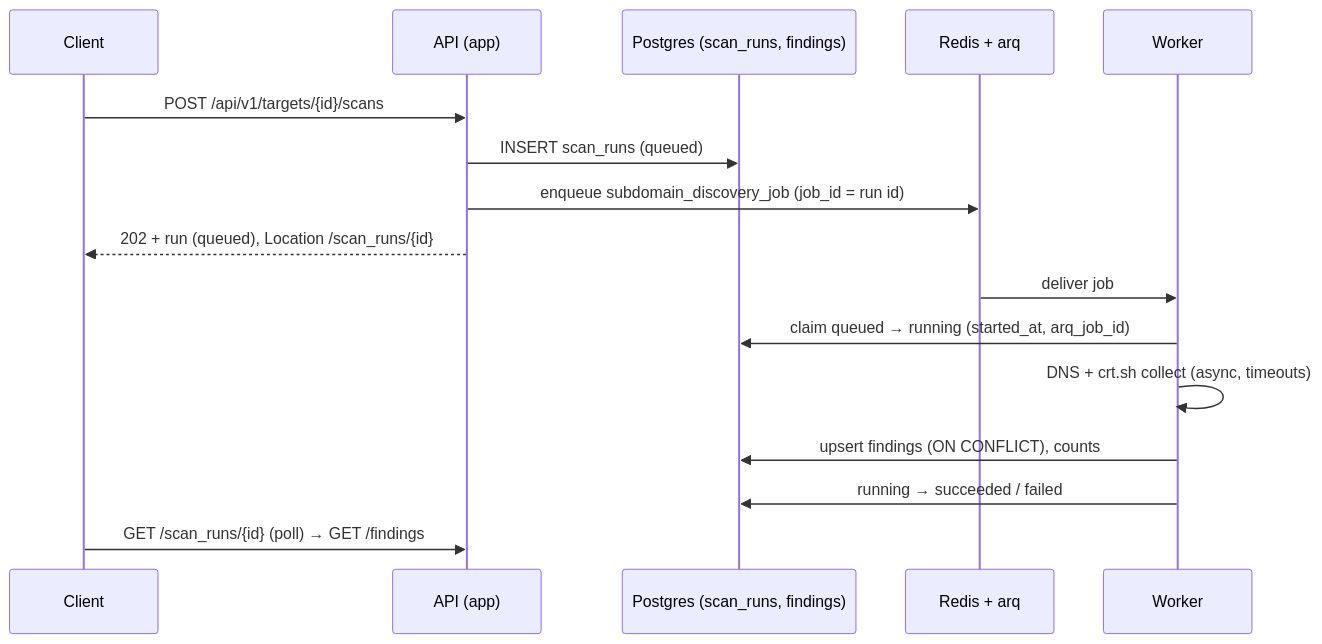
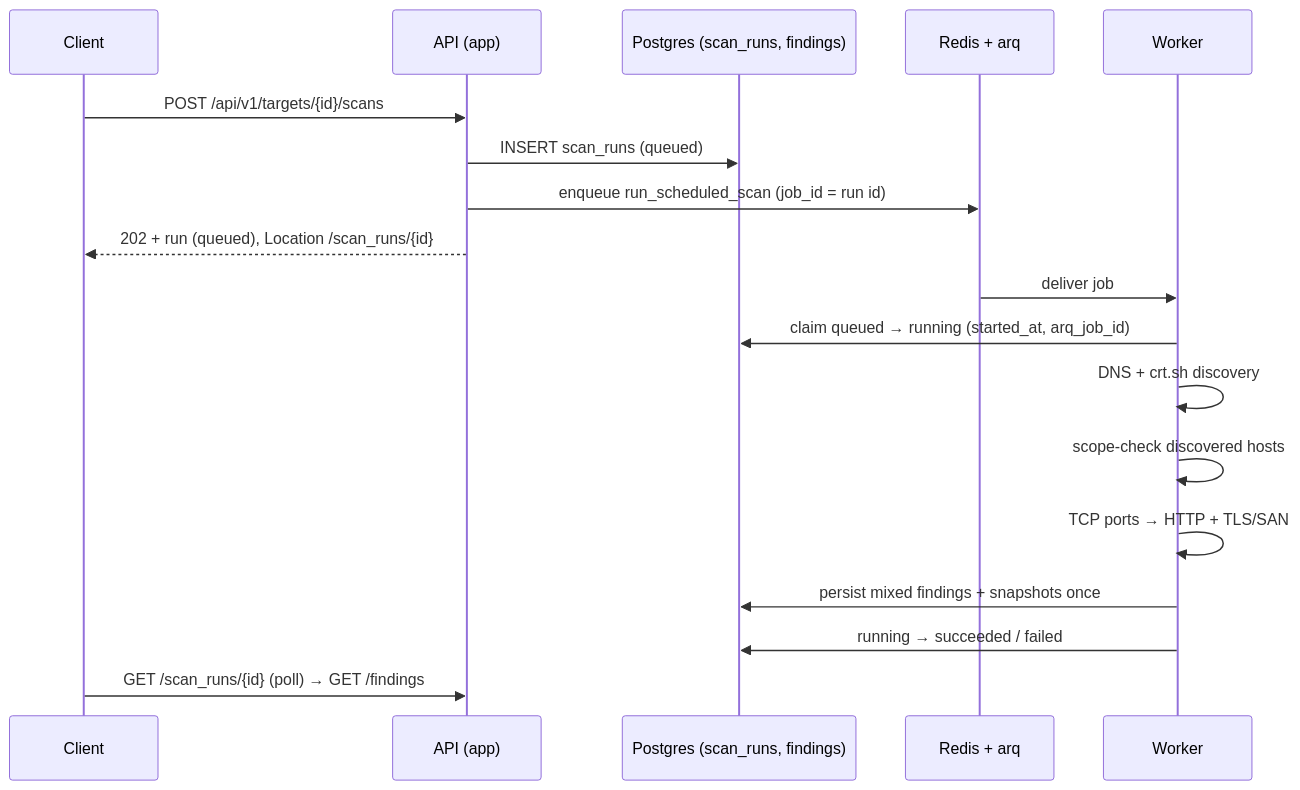
One commit to emad-anwer/tem-platform changed the diagram in docs/pipeline.md. Above: the diagram before and after it, drawn with Mermaid. The commit also changed other lines of this file and 20 other files, not shown here.

````diff
--- a/docs/pipeline.md
+++ b/docs/pipeline.md
@@ -22,18 +29,20 @@
 ```mermaid
 sequenceDiagram
     participant C as Client
     participant A as API (app)
     participant P as Postgres (scan_runs, findings)
     participant R as Redis + arq
     participant W as Worker
     C->>A: POST /api/v1/targets/{id}/scans
     A->>P: INSERT scan_runs (queued)
-    A->>R: enqueue subdomain_discovery_job (job_id = run id)
+   A->>R: enqueue run_scheduled_scan (job_id = run id)
     A-->>C: 202 + run (queued), Location /scan_runs/{id}
     R->>W: deliver job
     W->>P: claim queued → running (started_at, arq_job_id)
-    W->>W: DNS + crt.sh collect (async, timeouts)
-    W->>P: upsert findings (ON CONFLICT), counts
+   W->>W: DNS + crt.sh discovery
+   W->>W: scope-check discovered hosts
+   W->>W: TCP ports → HTTP + TLS/SAN
+   W->>P: persist mixed findings + snapshots once
     W->>P: running → succeeded / failed
     C->>A: GET /scan_runs/{id} (poll) → GET /findings
 ```
````
